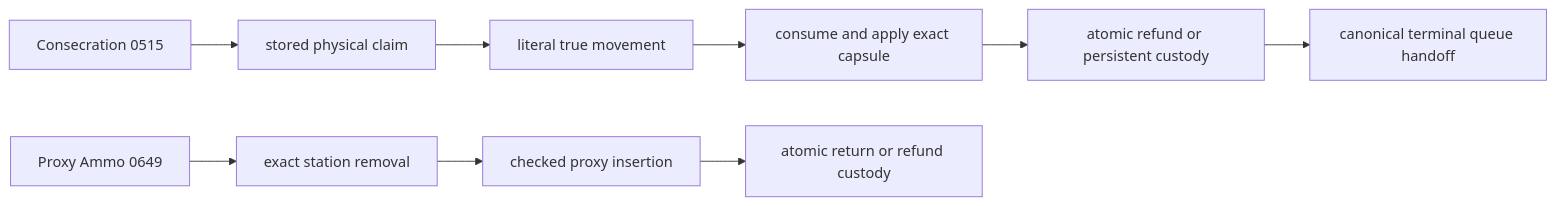
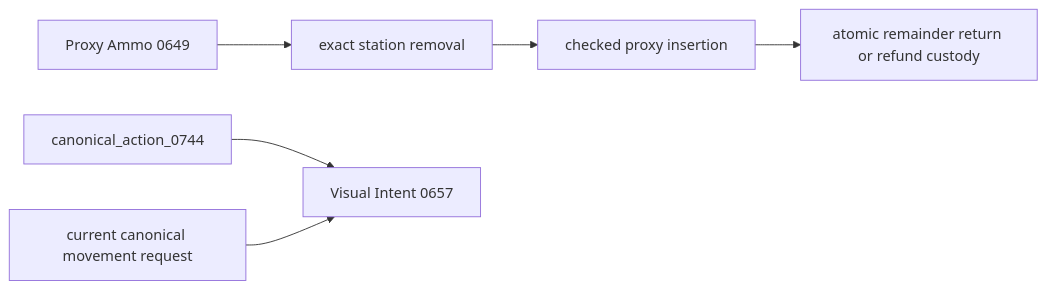
The eighth of 11 diagrams in docs/RECOVERY_AUTHORITY_MAP_CURRENT.md (mrcalzon02/Tech-Priests), drawn with Mermaid before and after one commit. The commit also changed other lines of this file, not shown here.

````diff
--- a/docs/RECOVERY_AUTHORITY_MAP_CURRENT.md
+++ b/docs/RECOVERY_AUTHORITY_MAP_CURRENT.md
@@ -185,17 +193,14 @@
 ```mermaid
 flowchart LR
-    Consecrate[Consecration 0515]
-    Claim[stored physical claim]
-    Move[literal true movement]
-    Apply[consume and apply exact capsule]
-    Refund[atomic refund or persistent custody]
-    Terminal[canonical terminal queue handoff]
+    Ammo[Proxy Ammo 0649]
+    RemoveAmmo[exact station removal]
+    Insert[checked proxy insertion]
+    Return[atomic remainder return or refund custody]
+    Action[canonical_action_0744]
+    Movement[current canonical movement request]
+    Visual[Visual Intent 0657]
 
-    Ammo[Proxy Ammo 0649]
-    Remove[exact station removal]
-    Insert[checked proxy insertion]
-    Remainder[atomic return or refund custody]
-
-    Consecrate --> Claim --> Move --> Apply --> Refund --> Terminal
-    Ammo --> Remove --> Insert --> Remainder
+    Ammo --> RemoveAmmo --> Insert --> Return
+    Action --> Visual
+    Movement --> Visual
 ```
````
